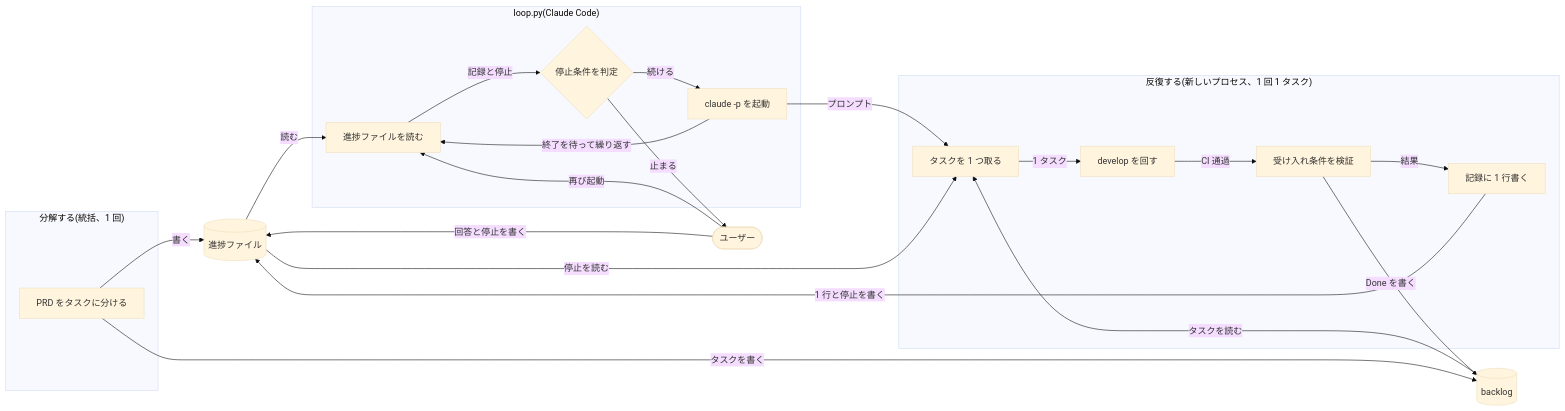
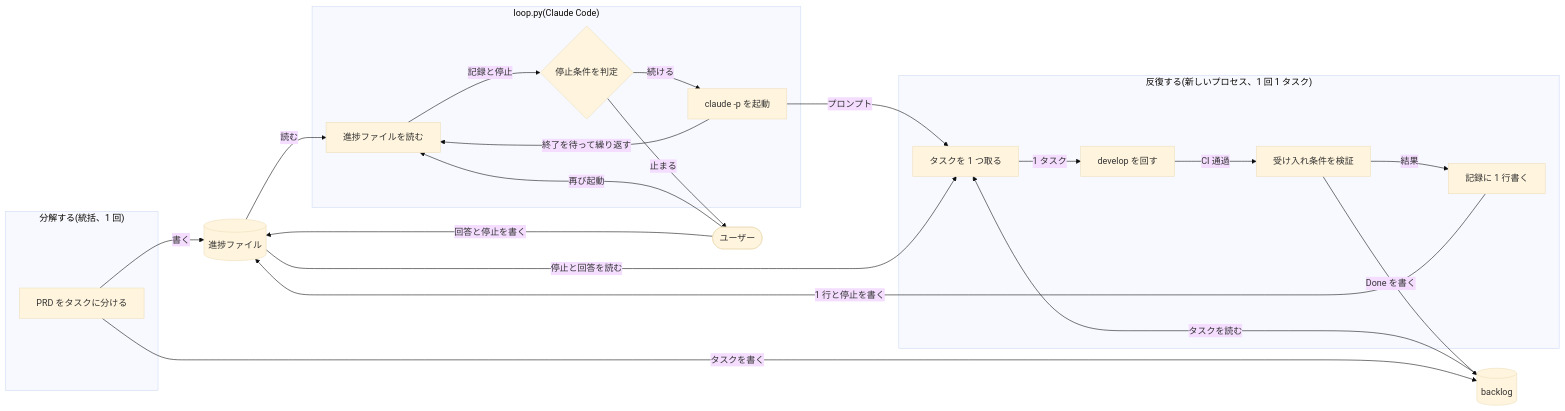
Before and after one commit to mosidas/dev-skills: the diagram in skills/build/references/flow.mmd, drawn with Mermaid (base theme). The commit also changed 2 other files, not shown here.

Commit message:
fix: build のフロー図の停止条件と回答の辺を SKILL.md に合わせる
レビューで、図とキャプションの停止条件に「停止の行が なし 以外」が抜けていること、
反復が進捗ファイルから要判断の回答も読むのに辺のラベルが「停止を読む」だけだったことを
指摘されたため、SKILL.md の本文と図を揃える。あわせて Verify の補足にマージを足し、
凡例の「唯一の」を除き、aria-label を alt と同じ文字列にし、図が成功の経路だけを
示すことをキャプションに書く。Judge の箱は補足が収まるよう 260px に広げた。

Claude-Session: https://claude.ai/code/session_01X6N5AsrqzV2awCSHe3jLm7

```diff
--- a/skills/build/references/flow.mmd
+++ b/skills/build/references/flow.mmd
@@ -1,36 +1,36 @@
 flowchart LR
     subgraph G_decompose ["分解する(統括、1 回)"]
         Decompose[PRD をタスクに分ける]
     end
     subgraph G_loop ["loop.py(Claude Code)"]
         ReadProg[進捗ファイルを読む]
         Judge{停止条件を判定}
         Launch[claude -p を起動]
     end
     subgraph G_iterate ["反復する(新しいプロセス、1 回 1 タスク)"]
         Pick[タスクを 1 つ取る]
         Develop[develop を回す]
         Verify[受け入れ条件を検証]
         Record[記録に 1 行書く]
     end
     Progress[(進捗ファイル)]
     Backlog[(backlog)]
     User([ユーザー])
 
     Decompose -->|書く| Progress
     Decompose -->|タスクを書く| Backlog
     Progress -->|読む| ReadProg
     ReadProg -->|記録と停止| Judge
     Judge -->|続ける| Launch
     Judge -->|止まる| User
     Launch -->|プロンプト| Pick
     Launch -->|終了を待って繰り返す| ReadProg
-    Progress -->|停止を読む| Pick
+    Progress -->|停止と回答を読む| Pick
     Backlog -->|タスクを読む| Pick
     Pick -->|1 タスク| Develop
     Develop -->|CI 通過| Verify
     Verify -->|Done を書く| Backlog
     Verify -->|結果| Record
     Record -->|1 行と停止を書く| Progress
     User -->|回答と停止を書く| Progress
     User -->|再び起動| ReadProg
```
